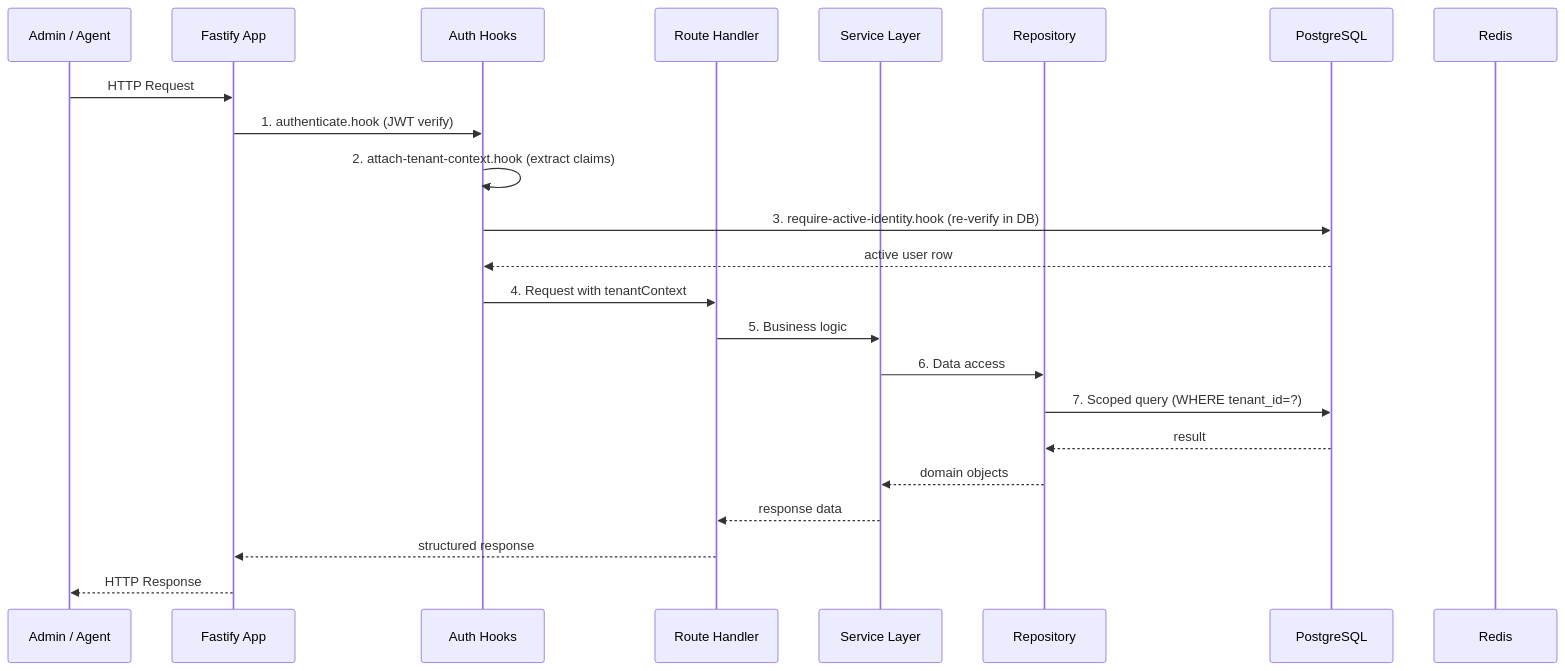
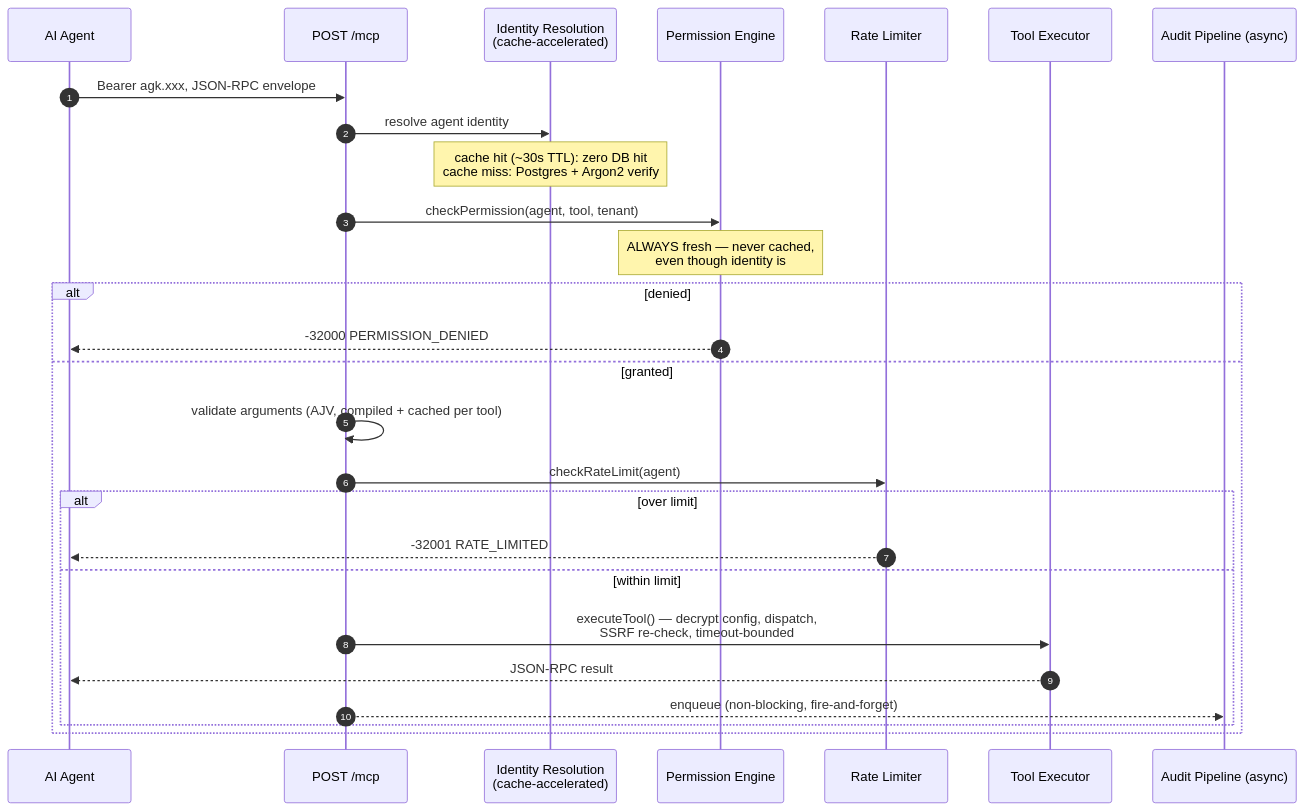
One commit to si-Alif/AgentGate changed the second of 3 diagrams in README.md. Above: the diagram before and after it, drawn with Mermaid. The commit also changed other lines of this file and 2 other files, not shown here.

Commit message:
refactor old HLD , PRD and Readme , then replace with proper version which speaks about the current systems architecture and state

````diff
--- a/README.md
+++ b/README.md
@@ -176,26 +164,30 @@
 ```mermaid
 sequenceDiagram
-    participant Client as Admin / Agent
-    participant Fastify as Fastify App
-    participant Hooks as Auth Hooks
-    participant Route as Route Handler
-    participant Service as Service Layer
-    participant Repo as Repository
-    participant DB as PostgreSQL
-    participant Redis as Redis
+    autonumber
+    participant AG as AI Agent
+    participant GW as POST /mcp
+    participant AUTH as Identity Resolution<br/>(cache-accelerated)
+    participant PERM as Permission Engine
+    participant RL as Rate Limiter
+    participant EXEC as Tool Executor
+    participant AUD as Audit Pipeline (async)
 
-    Client->>Fastify: HTTP Request
-    Fastify->>Hooks: 1. authenticate.hook (JWT verify)
-    Hooks->>Hooks: 2. attach-tenant-context.hook (extract claims)
-    Hooks->>DB: 3. require-active-identity.hook (re-verify in DB)
-    DB-->>Hooks: active user row
-    Hooks->>Route: 4. Request with tenantContext
-    Route->>Service: 5. Business logic
-    Service->>Repo: 6. Data access
-    Repo->>DB: 7. Scoped query (WHERE tenant_id=?)
-    DB-->>Repo: result
-    Repo-->>Service: domain objects
-    Service-->>Route: response data
-    Route-->>Fastify: structured response
-    Fastify-->>Client: HTTP Response
+    AG->>GW: Bearer agk.xxx, JSON-RPC envelope
+    GW->>AUTH: resolve agent identity
+    Note over AUTH: cache hit (~30s TTL): zero DB hit<br/>cache miss: Postgres + Argon2 verify
+    GW->>PERM: checkPermission(agent, tool, tenant)
+    Note over PERM: ALWAYS fresh — never cached,<br/>even though identity is
+    alt denied
+        PERM-->>AG: -32000 PERMISSION_DENIED
+    else granted
+        GW->>GW: validate arguments (AJV, compiled + cached per tool)
+        GW->>RL: checkRateLimit(agent)
+        alt over limit
+            RL-->>AG: -32001 RATE_LIMITED
+        else within limit
+            GW->>EXEC: executeTool() — decrypt config, dispatch,<br/>SSRF re-check, timeout-bounded
+            EXEC-->>AG: JSON-RPC result
+            GW-->>AUD: enqueue (non-blocking, fire-and-forget)
+        end
+    end
 ```
````
